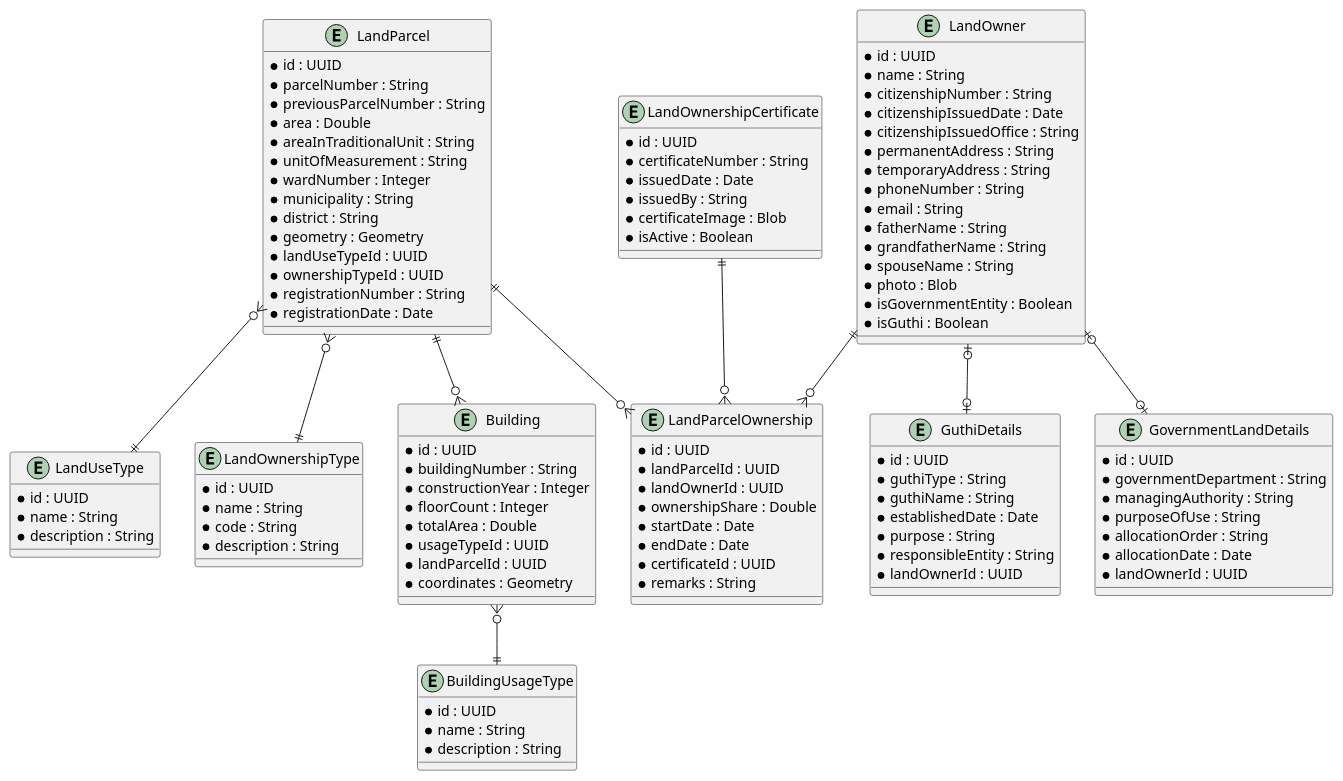
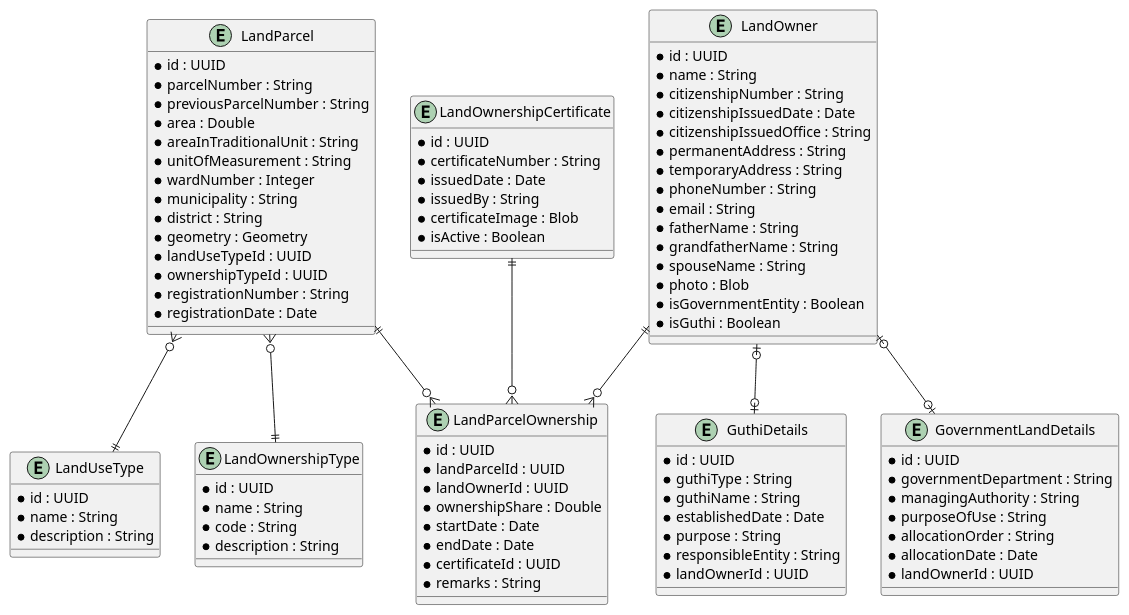
The diagram in src/docs/asciidoc/design/land-management/data-model.adoc (fernsky/likhupike-backend-dpms), drawn with PlantUML before and after one commit. The commit also changed other lines of this file, not shown here.

Commit message:
feat: refine land management data model by removing redundant building entities and clarifying relationships

```diff
--- a/src/docs/asciidoc/design/land-management/data-model.adoc
+++ b/src/docs/asciidoc/design/land-management/data-model.adoc
@@ -101,27 +101,8 @@
   * landOwnerId : UUID
 }
 
-entity Building {
-  * id : UUID
-  * buildingNumber : String
-  * constructionYear : Integer
-  * floorCount : Integer
-  * totalArea : Double
-  * usageTypeId : UUID
-  * landParcelId : UUID
-  * coordinates : Geometry
-}
-
-entity BuildingUsageType {
-  * id : UUID
-  * name : String
-  * description : String
-}
-
 LandParcel }o--|| LandUseType
 LandParcel }o--|| LandOwnershipType
-LandParcel ||--o{ Building
-Building }o--|| BuildingUsageType
 
 LandParcel ||--o{ LandParcelOwnership
 LandOwner ||--o{ LandParcelOwnership
```
